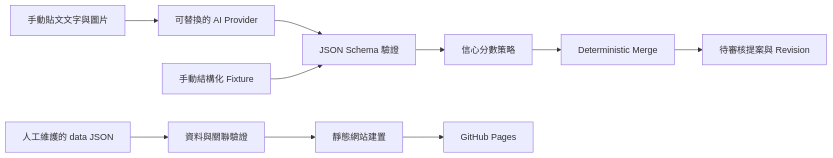
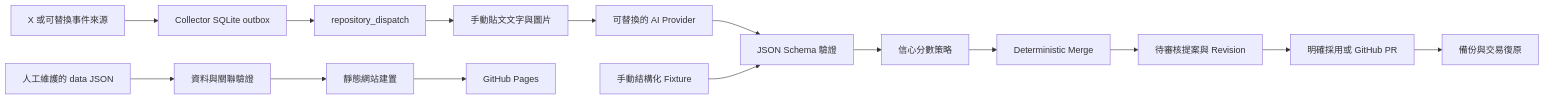
The diagram in README.md (Tony0921/Meridian-Schedule), drawn with Mermaid before and after one commit. The commit also changed other lines of this file and 31 other files, not shown here.

````diff
--- a/README.md
+++ b/README.md
@@ -11,12 +11,17 @@
 ```mermaid
 flowchart LR
     Manual[手動貼文文字與圖片] --> AI[可替換的 AI Provider]
     AI --> Schema[JSON Schema 驗證]
     Fixture[手動結構化 Fixture] --> Schema
     Schema --> Policy[信心分數策略]
     Policy --> Merge[Deterministic Merge]
     Merge --> Proposal[待審核提案與 Revision]
+    Proposal --> Apply[明確採用或 GitHub PR]
+    Apply --> Backup[備份與交易復原]
+    X[X 或可替換事件來源] --> Collector[Collector SQLite outbox]
+    Collector --> Dispatch[repository_dispatch]
+    Dispatch --> Manual
     Data[人工維護的 data JSON] --> Validate[資料與關聯驗證]
     Validate --> Build[靜態網站建置]
     Build --> Pages[GitHub Pages]
 ```
````
